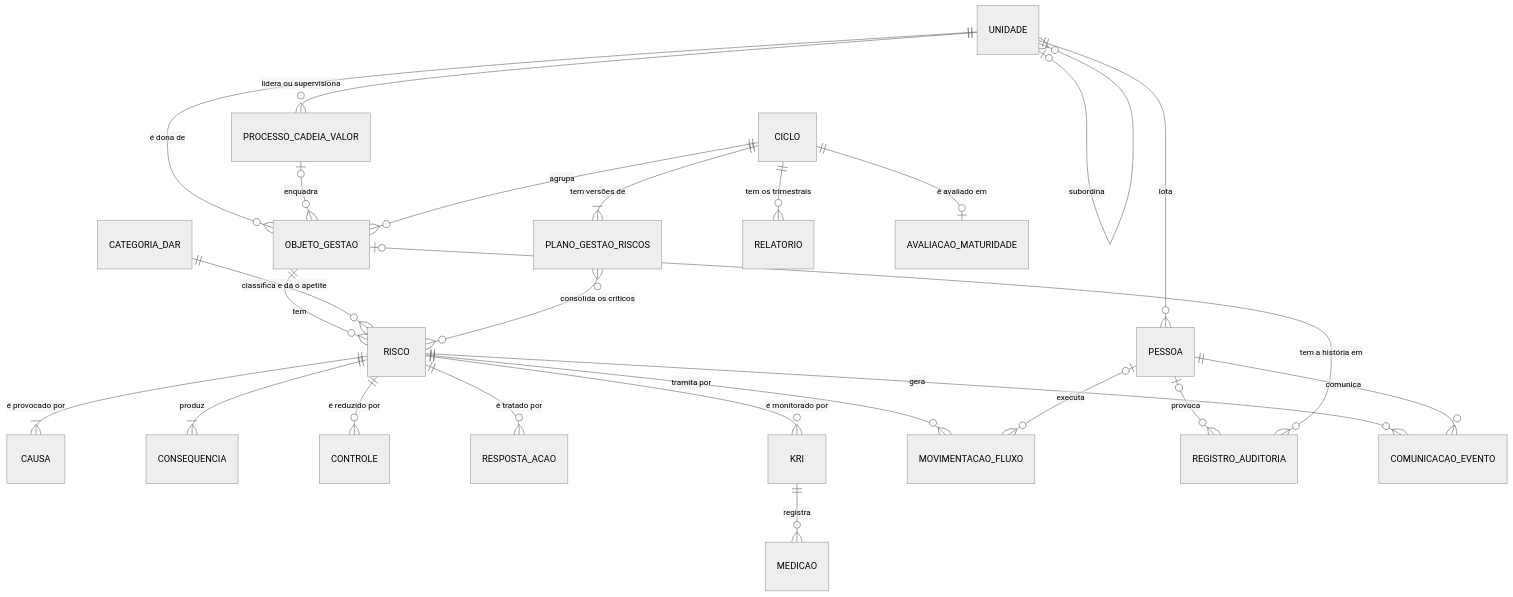
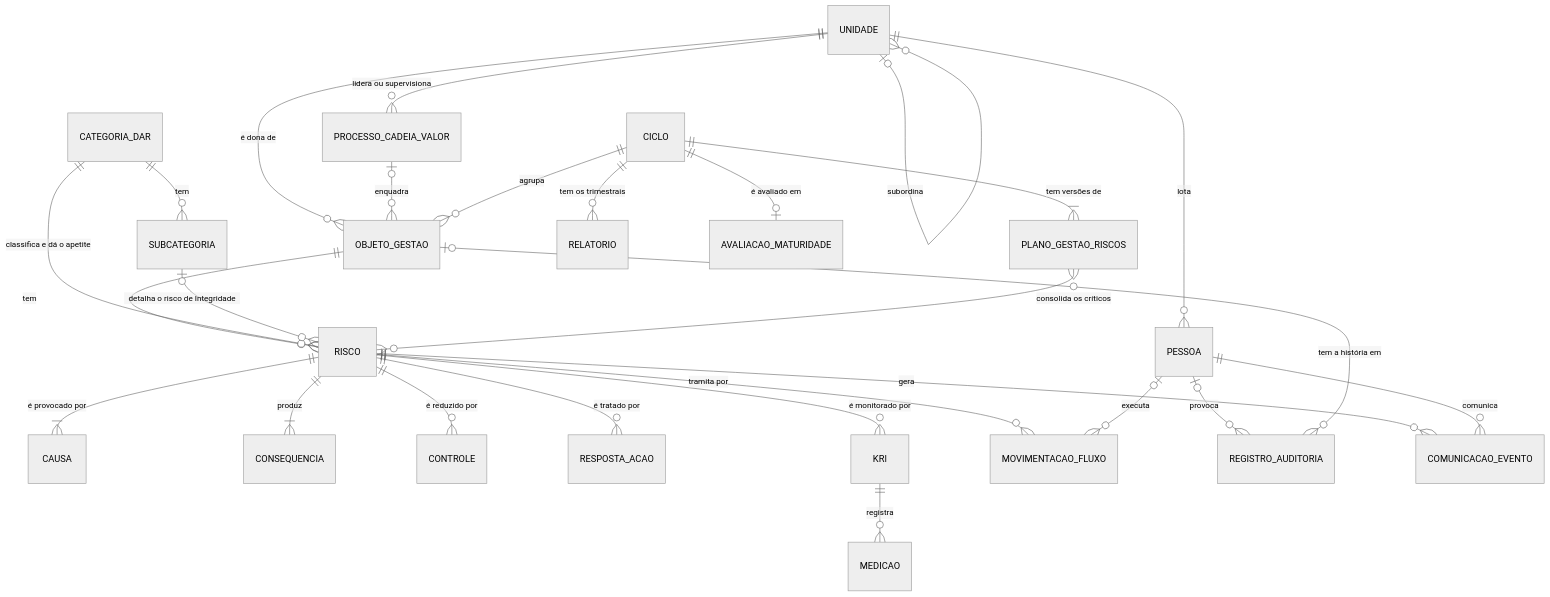
The diagram in docs/40-nivel4-dados/mer-conceitual.md (lpchagas/cgov-riscos), drawn with Mermaid (neutral theme) before and after one commit. The commit also changed other lines of this file and 20 other files, not shown here.

````diff
--- a/docs/40-nivel4-dados/mer-conceitual.md
+++ b/docs/40-nivel4-dados/mer-conceitual.md
@@ -62,33 +63,35 @@
 ```mermaid
 erDiagram
     UNIDADE |o--o{ UNIDADE : "subordina"
     UNIDADE ||--o{ PESSOA : "lota"
     UNIDADE ||--o{ PROCESSO_CADEIA_VALOR : "lidera ou supervisiona"
     UNIDADE ||--o{ OBJETO_GESTAO : "é dona de"
     PROCESSO_CADEIA_VALOR |o--o{ OBJETO_GESTAO : "enquadra"
     OBJETO_GESTAO ||--o{ RISCO : "tem"
     CATEGORIA_DAR ||--o{ RISCO : "classifica e dá o apetite"
+    CATEGORIA_DAR ||--o{ SUBCATEGORIA : "tem"
+    SUBCATEGORIA |o--o{ RISCO : "detalha o risco de Integridade"
     RISCO ||--|{ CAUSA : "é provocado por"
     RISCO ||--|{ CONSEQUENCIA : "produz"
     RISCO ||--o{ CONTROLE : "é reduzido por"
     RISCO ||--o{ RESPOSTA_ACAO : "é tratado por"
     RISCO ||--o{ KRI : "é monitorado por"
     KRI ||--o{ MEDICAO : "registra"
     RISCO ||--o{ MOVIMENTACAO_FLUXO : "tramita por"
     PESSOA |o--o{ MOVIMENTACAO_FLUXO : "executa"
     PESSOA |o--o{ REGISTRO_AUDITORIA : "provoca"
     OBJETO_GESTAO |o--o{ REGISTRO_AUDITORIA : "tem a história em"
 
     %% proposta LAC-01 e LAC-10
     CICLO ||--o{ OBJETO_GESTAO : "agrupa"
     %% proposta LAC-01, LAC-02 e LAC-07
     CICLO ||--|{ PLANO_GESTAO_RISCOS : "tem versões de"
     PLANO_GESTAO_RISCOS }o--o{ RISCO : "consolida os críticos"
     %% proposta LAC-04
     RISCO ||--o{ COMUNICACAO_EVENTO : "gera"
     PESSOA ||--o{ COMUNICACAO_EVENTO : "comunica"
     %% proposta LAC-05
     CICLO ||--o{ RELATORIO : "tem os trimestrais"
     %% proposta LAC-06
     CICLO ||--o| AVALIACAO_MATURIDADE : "é avaliado em"
 ```
````
